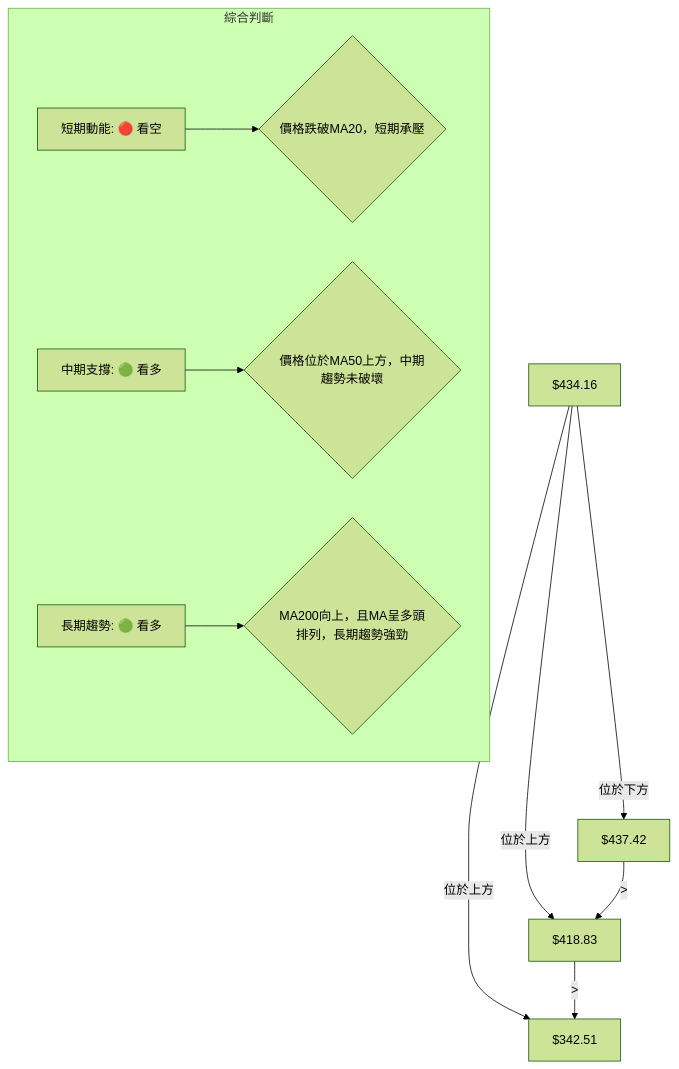
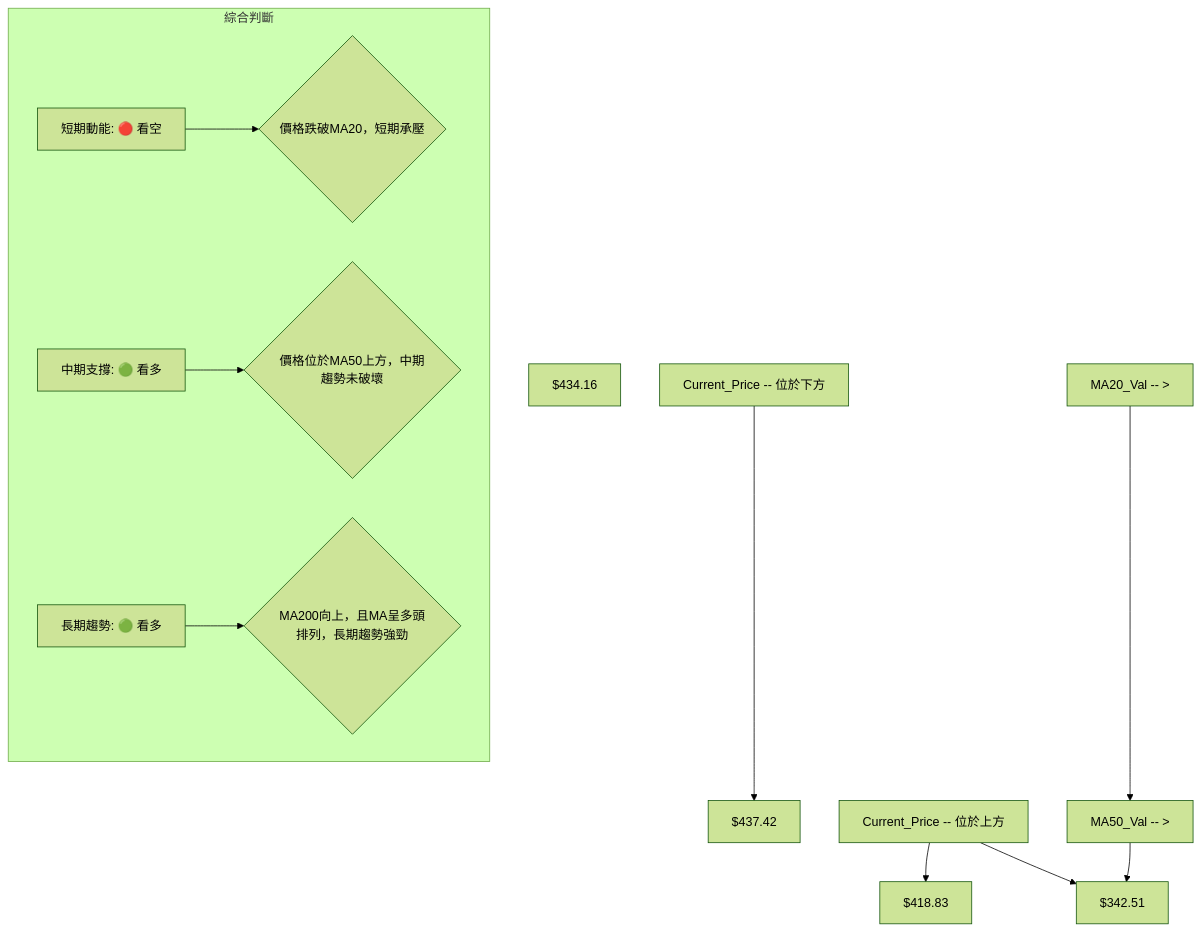
The seventh of 12 diagrams in ai_gen_report/stock/tsm/technical_analysis_2026-07-04_gemini.md (yennanliu/finance_data), drawn with Mermaid (forest theme) before and after one commit. The commit also changed other lines of this file and 2258 other files, not shown here.

First line of the commit message:
chore: backfill Mermaid syntax repair across existing reports

````diff
--- a/ai_gen_report/stock/tsm/technical_analysis_2026-07-04_gemini.md
+++ b/ai_gen_report/stock/tsm/technical_analysis_2026-07-04_gemini.md
@@ -469,19 +469,19 @@
 ```mermaid
 graph TD
-    MA20_Val[$437.42]
-    MA50_Val[$418.83]
-    MA200_Val[$342.51]
-    Current_Price[$434.16]
+    MA20_Val["$437.42"]
+    MA50_Val["$418.83"]
+    MA200_Val["$342.51"]
+    Current_Price["$434.16"]
 
-    Current_Price -- 位於下方 --> MA20_Val
-    Current_Price -- 位於上方 --> MA50_Val
-    Current_Price -- 位於上方 --> MA200_Val
+    nb1["Current_Price -- 位於下方"] --> MA20_Val
+    nb2["Current_Price -- 位於上方"] --> MA50_Val
+    nb2["Current_Price -- 位於上方"] --> MA200_Val
 
-    MA20_Val -- > --> MA50_Val -- > --> MA200_Val
+    nb3["MA20_Val -- >"] --> nb4["MA50_Val -- >"] --> MA200_Val
 
     subgraph 綜合判斷
-        A[短期動能: 🔴 看空] --> B{價格跌破MA20，短期承壓}
-        C[中期支撐: 🟢 看多] --> D{價格位於MA50上方，中期趨勢未破壞}
-        E[長期趨勢: 🟢 看多] --> F{MA200向上，且MA呈多頭排列，長期趨勢強勁}
+        A["短期動能: 🔴 看空"] --> B{"價格跌破MA20，短期承壓"}
+        C["中期支撐: 🟢 看多"] --> D{"價格位於MA50上方，中期趨勢未破壞"}
+        E["長期趨勢: 🟢 看多"] --> F{"MA200向上，且MA呈多頭排列，長期趨勢強勁"}
     end
 ```
````
